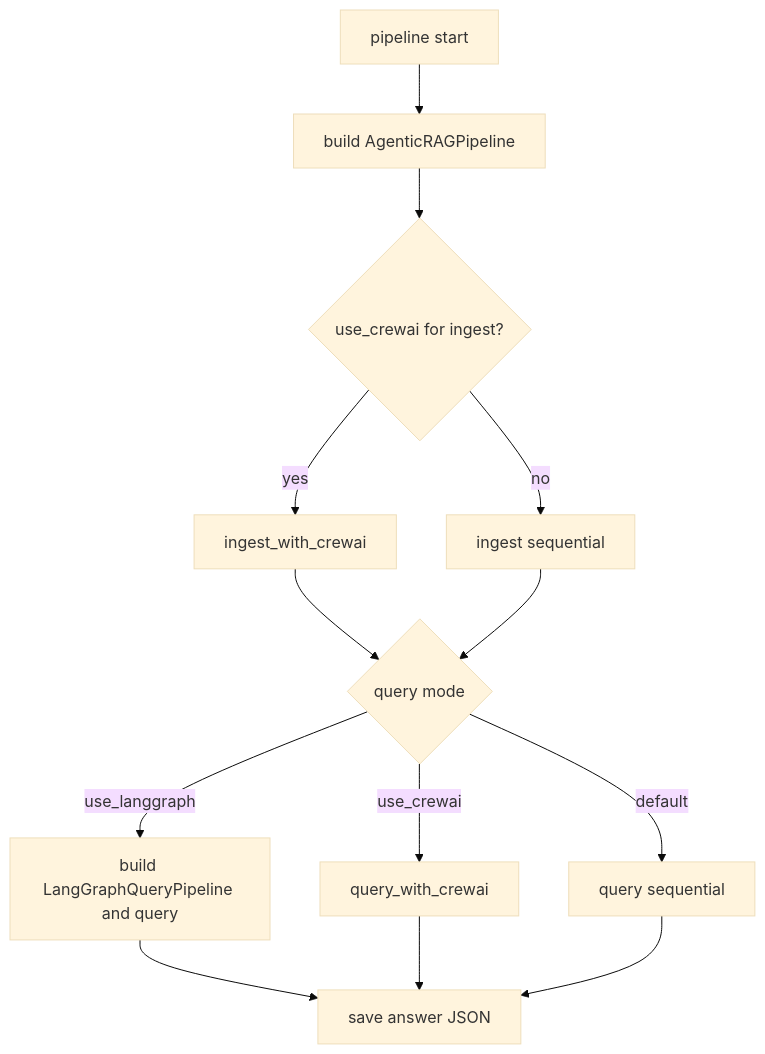
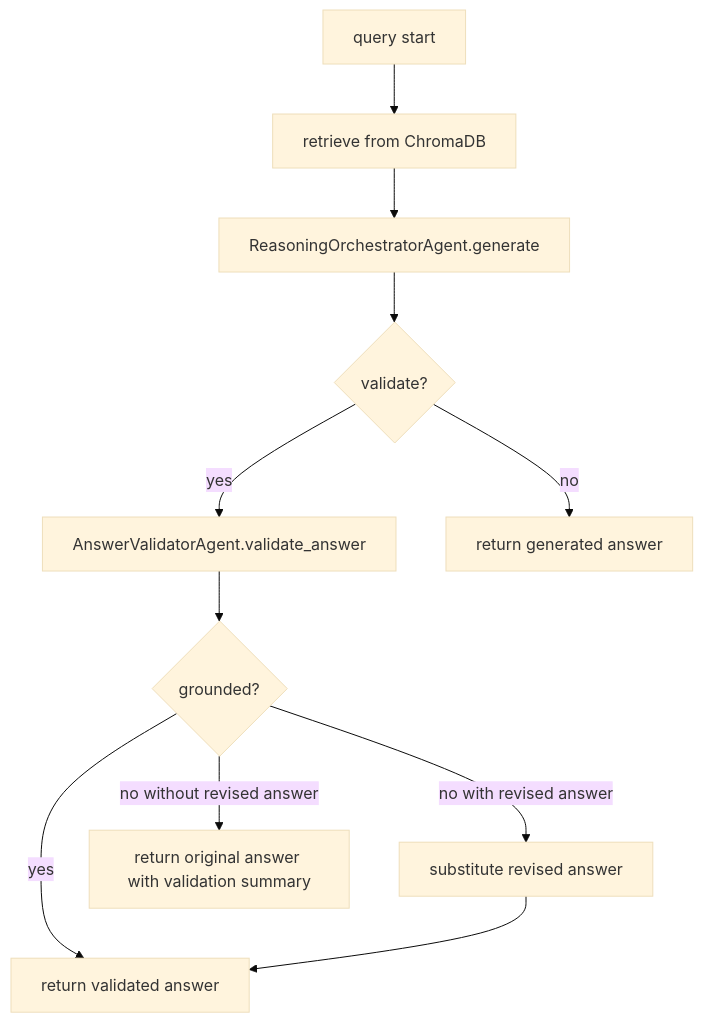
The third of 4 diagrams in docs/FLOW.md (Mr-Kondo/agentic_rag_for_multi_model_pdf_extraction), drawn with Mermaid (base theme) before and after one commit. The commit also changed other lines of this file and 36 other files, not shown here.

First line of the commit message:
feat!: migrate runtime to Sequential + Ollama and remove legacy MLX/CrewAI/LangGraph paths

````diff
--- a/docs/FLOW.md
+++ b/docs/FLOW.md
@@ -150,18 +55,13 @@
 ```mermaid
 flowchart TD
-  A[pipeline start] --> B[build AgenticRAGPipeline]
-  B --> C{use_crewai for ingest?}
-  C -->|yes| D[ingest_with_crewai]
-  C -->|no| E[ingest sequential]
-
-  D --> F{query mode}
-  E --> F
-
-  F -->|use_langgraph| G[build LangGraphQueryPipeline and query]
-  F -->|use_crewai| H[query_with_crewai]
-  F -->|default| I[query sequential]
-
-  G --> J[save answer JSON]
-  H --> J
-  I --> J
+  A[query start] --> B[retrieve from ChromaDB]
+  B --> C[ReasoningOrchestratorAgent.generate]
+  C --> D{validate?}
+  D -->|yes| E[AnswerValidatorAgent.validate_answer]
+  D -->|no| F[return generated answer]
+  E --> G{grounded?}
+  G -->|yes| H[return validated answer]
+  G -->|no with revised answer| I[substitute revised answer]
+  G -->|no without revised answer| J[return original answer with validation summary]
+  I --> H
 ```
````
